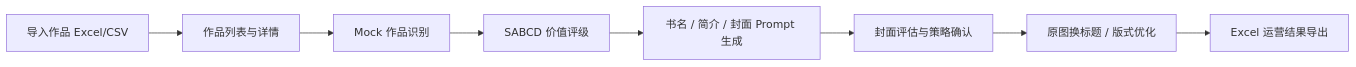
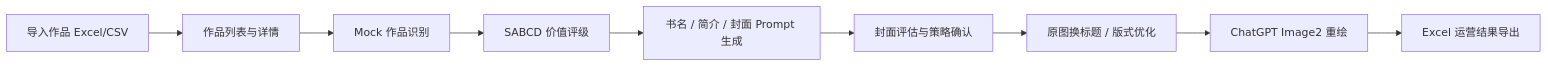
One commit to KAtOReNA7/ContentOps-Hub changed the first of 3 diagrams in README.md. Above: the diagram before and after it, drawn with Mermaid. The commit also changed other lines of this file and 11 other files, not shown here.

````diff
--- a/README.md
+++ b/README.md
@@ -40,10 +41,11 @@
 ```mermaid
 flowchart LR
   A["导入作品 Excel/CSV"] --> B["作品列表与详情"]
   B --> C["Mock 作品识别"]
   C --> D["SABCD 价值评级"]
   D --> E["书名 / 简介 / 封面 Prompt 生成"]
   E --> F["封面评估与策略确认"]
   F --> G["原图换标题 / 版式优化"]
-  G --> H["Excel 运营结果导出"]
+  G --> H["ChatGPT Image2 重绘"]
+  H --> I["Excel 运营结果导出"]
 ```
````
